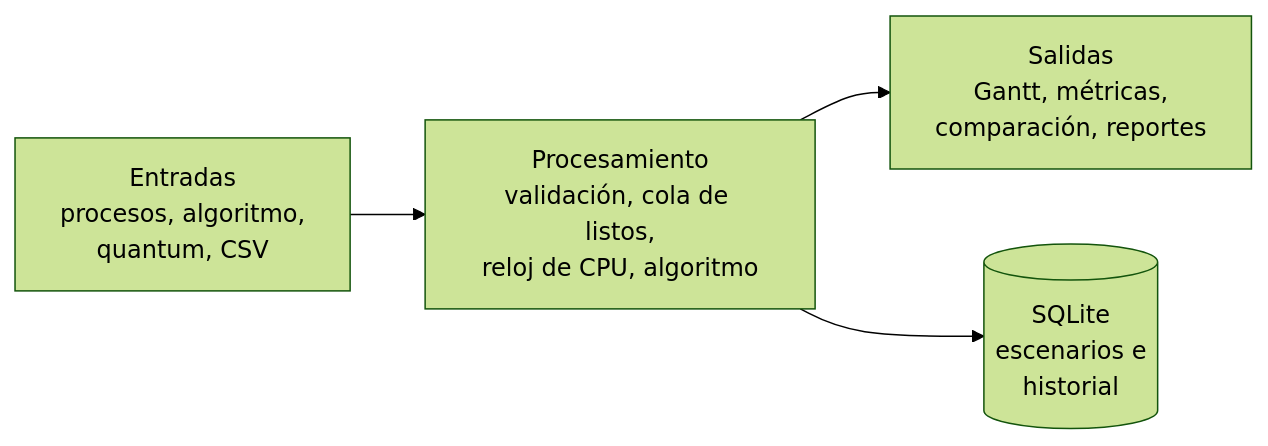
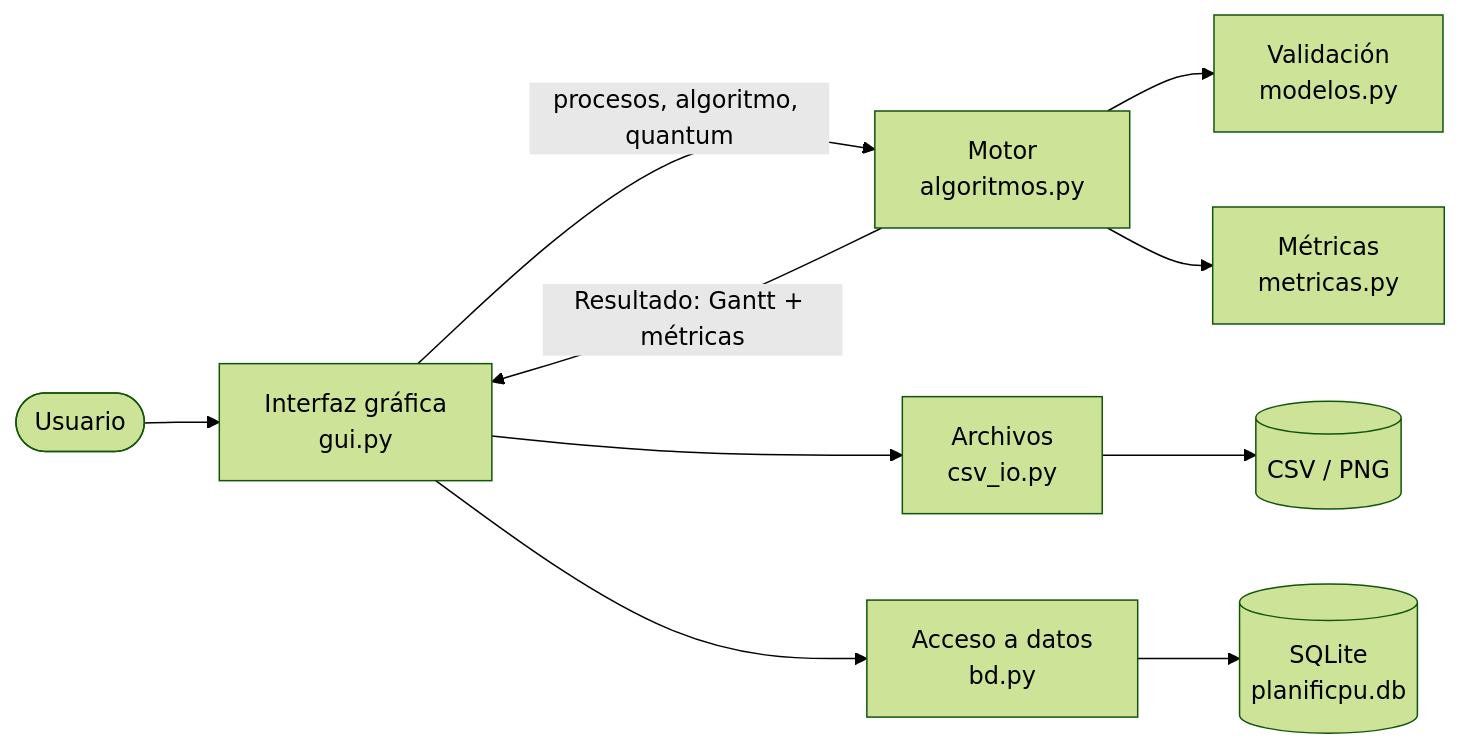
Before and after one commit to daviid0611/PlanifiCPU_SistemasOperativos_G11: the diagram in README.md, drawn with Mermaid (forest theme). The commit also changed other lines of this file, not shown here.

````diff
--- a/README.md
+++ b/README.md
@@ -118,6 +184,12 @@
 ```mermaid
 flowchart LR
-    A["Entradas<br/>procesos, algoritmo,<br/>quantum, CSV"] --> B["Procesamiento<br/>validación, cola de listos,<br/>reloj de CPU, algoritmo"]
-    B --> C["Salidas<br/>Gantt, métricas,<br/>comparación, reportes"]
-    B --> D[("SQLite<br/>escenarios e<br/>historial")]
+    U([Usuario]) --> G[Interfaz gráfica<br/>gui.py]
+    G -->|procesos, algoritmo, quantum| M[Motor<br/>algoritmos.py]
+    M --> V[Validación<br/>modelos.py]
+    M --> R[Métricas<br/>metricas.py]
+    M -->|Resultado: Gantt + métricas| G
+    G --> C[Archivos<br/>csv_io.py]
+    G --> B[Acceso a datos<br/>bd.py]
+    C --> F[(CSV / PNG)]
+    B --> D[(SQLite<br/>planificpu.db)]
 ```
````
